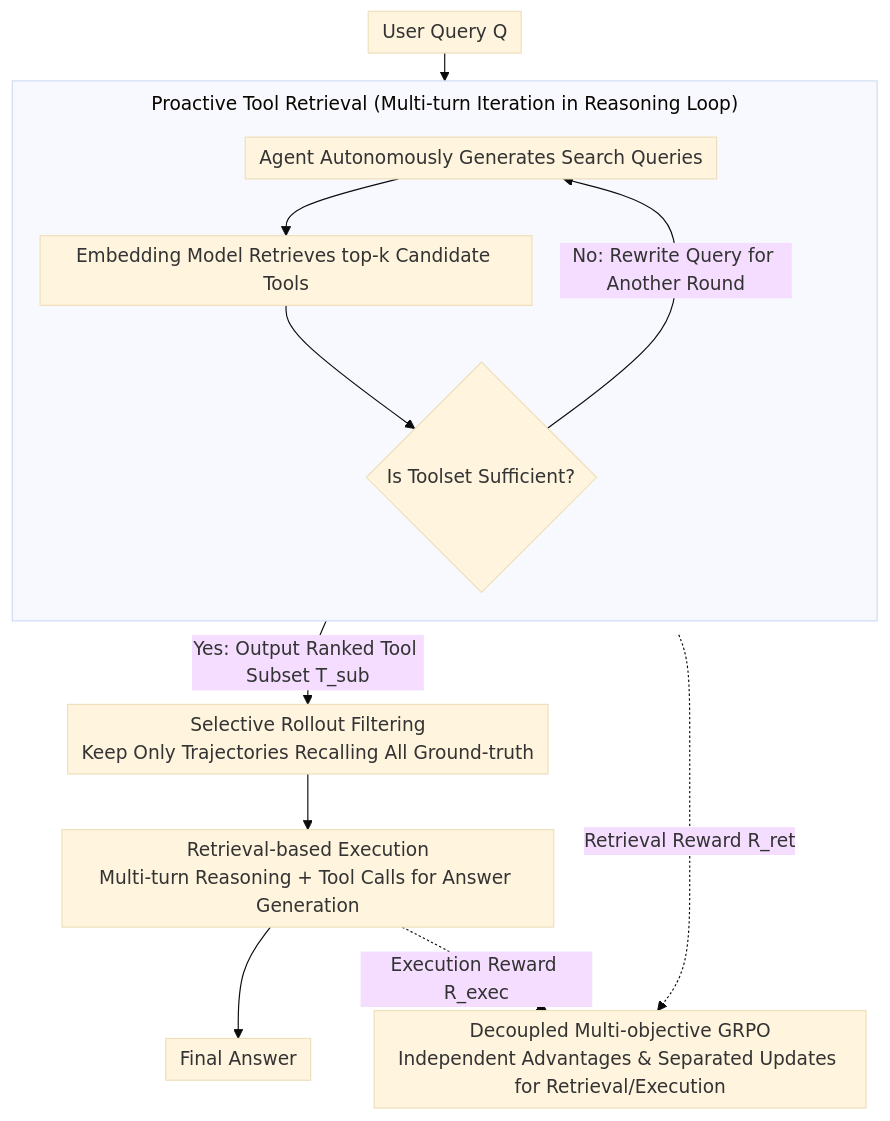
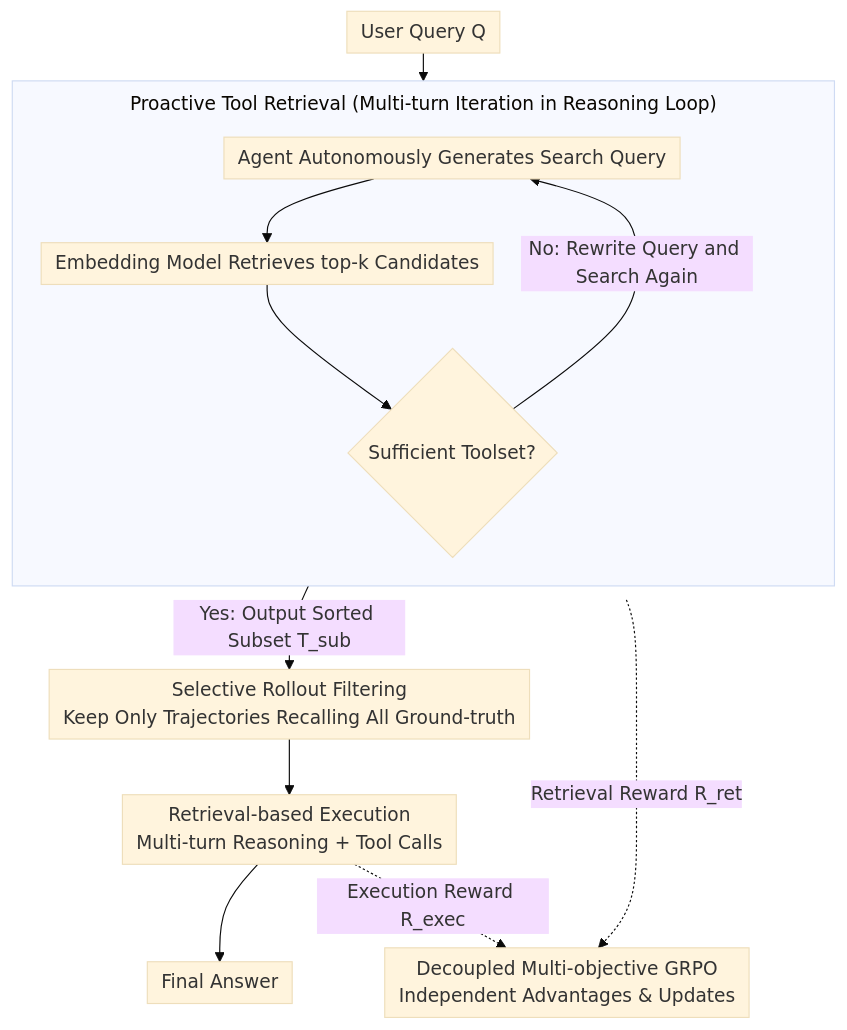
The diagram in docs/ACL2026/llm_agent/toolomni_enabling_open-world_tool_use_via_agentic_learning_with_proactive_retrie.md (zhaoyang97/Paper-Notes-en), drawn with Mermaid (base theme) before and after one commit. The commit also changed other lines of this file and 5084 other files, not shown here.

````diff
--- a/docs/ACL2026/llm_agent/toolomni_enabling_open-world_tool_use_via_agentic_learning_with_proactive_retrie.md
+++ b/docs/ACL2026/llm_agent/toolomni_enabling_open-world_tool_use_via_agentic_learning_with_proactive_retrie.md
@@ -45,16 +45,16 @@
 ```mermaid
 %%{init: {'flowchart': {'rankSpacing': 24, 'nodeSpacing': 28, 'padding': 6, 'wrappingWidth': 400, 'subGraphTitleMargin': {'top': 8, 'bottom': 16}}}}%%
 flowchart TD
     Q["User Query Q"] --> RET
     subgraph RET["Proactive Tool Retrieval (Multi-turn Iteration in Reasoning Loop)"]
         direction TB
-        S["Agent Autonomously Generates Search Queries"] --> E["Embedding Model Retrieves top-k Candidate Tools"]
-        E --> J{"Is Toolset Sufficient?"}
-        J -->|"No: Rewrite Query for Another Round"| S
+        S["Agent Autonomously Generates Search Query"] --> E["Embedding Model Retrieves top-k Candidates"]
+        E --> J{"Sufficient Toolset?"}
+        J -->|"No: Rewrite Query and Search Again"| S
     end
-    J -->|"Yes: Output Ranked Tool Subset T_sub"| FILTER["Selective Rollout Filtering<br/>Keep Only Trajectories Recalling All Ground-truth"]
-    FILTER --> EXEC["Retrieval-based Execution<br/>Multi-turn Reasoning + Tool Calls for Answer Generation"]
+    J -->|"Yes: Output Sorted Subset T_sub"| FILTER["Selective Rollout Filtering<br/>Keep Only Trajectories Recalling All Ground-truth"]
+    FILTER --> EXEC["Retrieval-based Execution<br/>Multi-turn Reasoning + Tool Calls"]
     EXEC --> ANS["Final Answer"]
-    RET -. Retrieval Reward R_ret .-> GRPO["Decoupled Multi-objective GRPO<br/>Independent Advantages & Separated Updates for Retrieval/Execution"]
+    RET -. Retrieval Reward R_ret .-> GRPO["Decoupled Multi-objective GRPO<br/>Independent Advantages & Updates"]
     EXEC -. Execution Reward R_exec .-> GRPO
 ```
````
